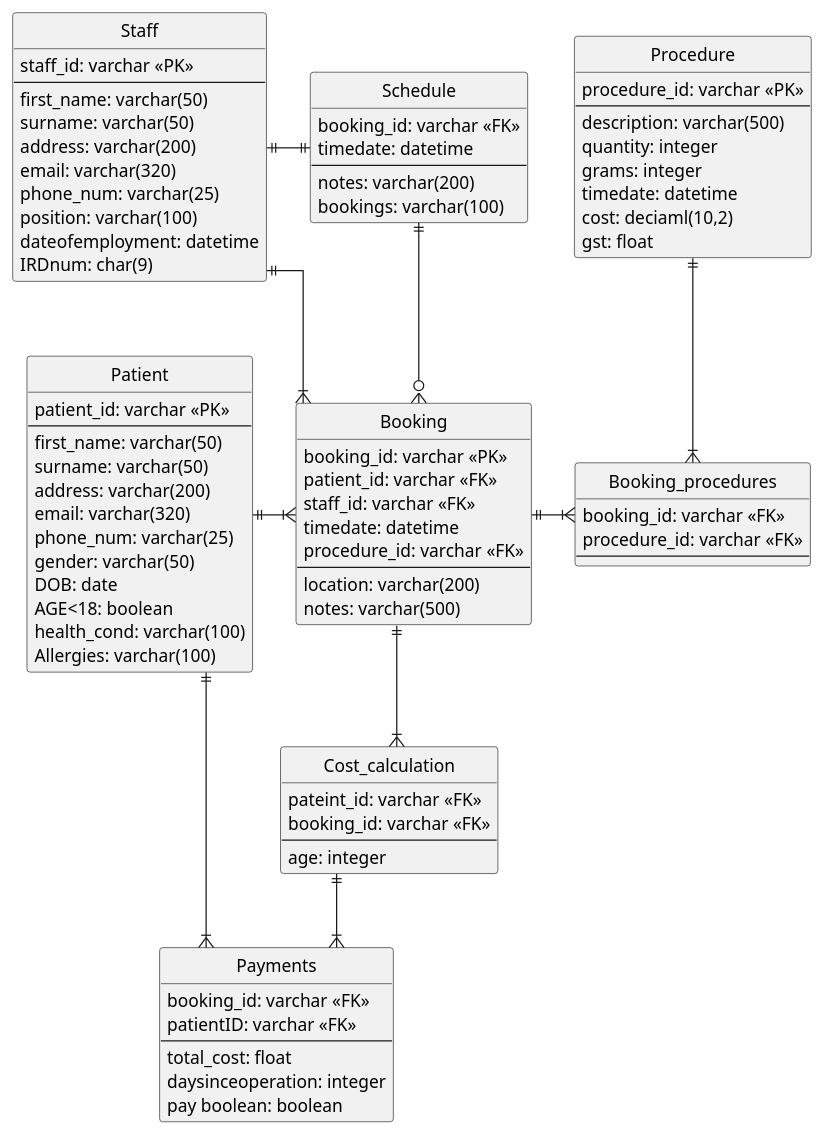
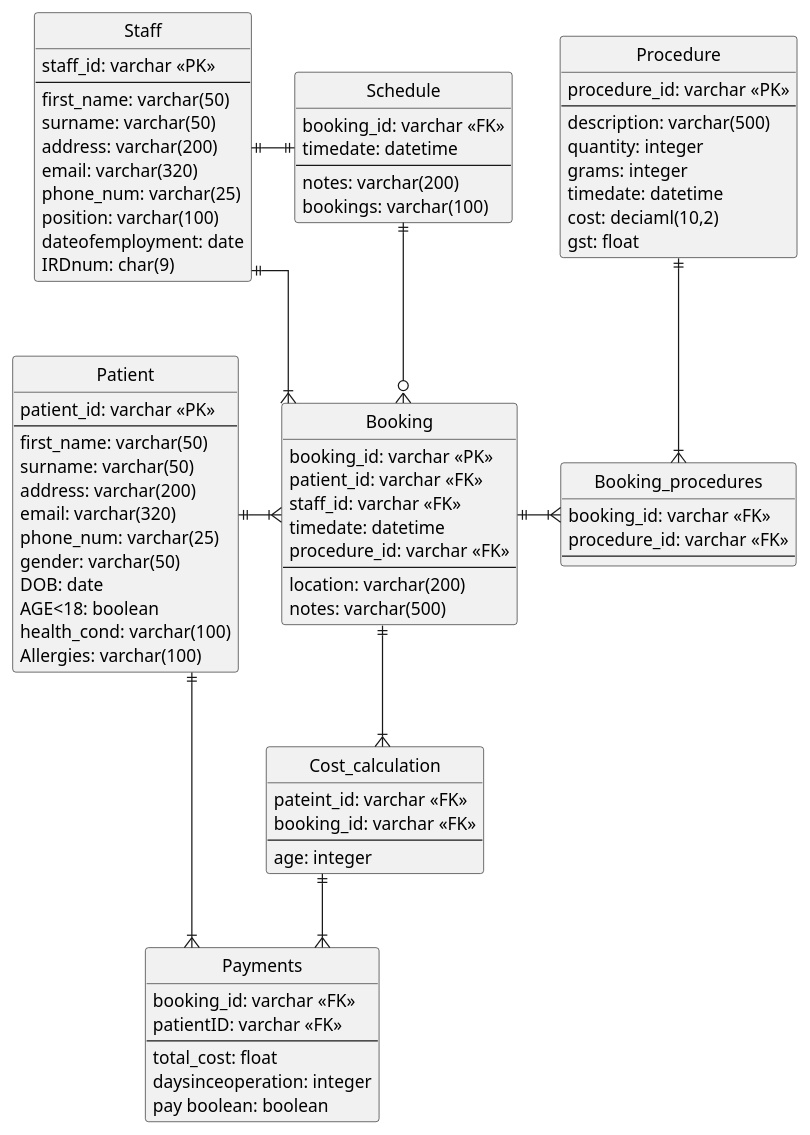
One commit to yosyu218/COSC344 changed the diagram in ERD.puml. Above: the diagram before and after it, drawn with PlantUML.

Commit message:
fixed date of employment to date type

```diff
--- a/ERD.puml
+++ b/ERD.puml
@@ -1,97 +1,97 @@
 @startuml
 skinparam Style StrictUML
 skinparam Linetype ortho 
 
 
 
 entity "Patient" as patient {
     patient_id: varchar <<PK>>
     --
     first_name: varchar(50)
     surname: varchar(50)
     address: varchar(200)
     email: varchar(320)
     phone_num: varchar(25)
     gender: varchar(50)
     DOB: date
     AGE<18: boolean
     health_cond: varchar(100)
     Allergies: varchar(100)
 }
 
 entity "Staff" as staff {
     staff_id: varchar <<PK>>
     --
     first_name: varchar(50)
     surname: varchar(50)
     address: varchar(200) 
     email: varchar(320)
     phone_num: varchar(25)
     position: varchar(100)
-    dateofemployment: datetime
+    dateofemployment: date
     IRDnum: char(9)
     ' IRDnum is either 8 or 9 digits however, if its 8 an 0 is added at the front making it a 9 digit number
 }
 
 entity "Booking" as booking {
     booking_id: varchar <<PK>>
     patient_id: varchar <<FK>>
     staff_id: varchar <<FK>>
     timedate: datetime
     procedure_id: varchar <<FK>>
     --
     location: varchar(200)
     notes: varchar(500)
 }
 
 entity "Procedure" as procedure {
     procedure_id: varchar <<PK>>
     --
     description: varchar(500)
     quantity: integer
     grams: integer
     timedate: datetime
     ' timedate to roughly know how long each procedure takes
     cost: deciaml(10,2)
     gst: float
 }
 
 entity "Booking_procedures" as booking_procedures{
     booking_id: varchar <<FK>>
     procedure_id: varchar <<FK>>
     --
 }
 
 entity "Schedule" as schedule {
     booking_id: varchar <<FK>>
     timedate: datetime
     --
     notes: varchar(200)
     bookings: varchar(100)
 }
 
 entity "Payments" as payments {
     booking_id: varchar <<FK>>
     patientID: varchar <<FK>>
     --
     total_cost: float
     daysinceoperation: integer
     pay boolean: boolean
 }
 
 entity "Cost_calculation" as cost_calculation {
     pateint_id: varchar <<FK>>
     booking_id: varchar <<FK>>
     --
     age: integer
 }
 patient ||-|{ booking
 staff ||--|{ booking
 booking ||-|{ booking_procedures
 procedure ||--|{ booking_procedures
 schedule ||-o{ booking
 staff ||-|| schedule
 booking ||--|{cost_calculation
 cost_calculation ||--|{ payments
 patient ||-|{ payments
 @enduml
```
